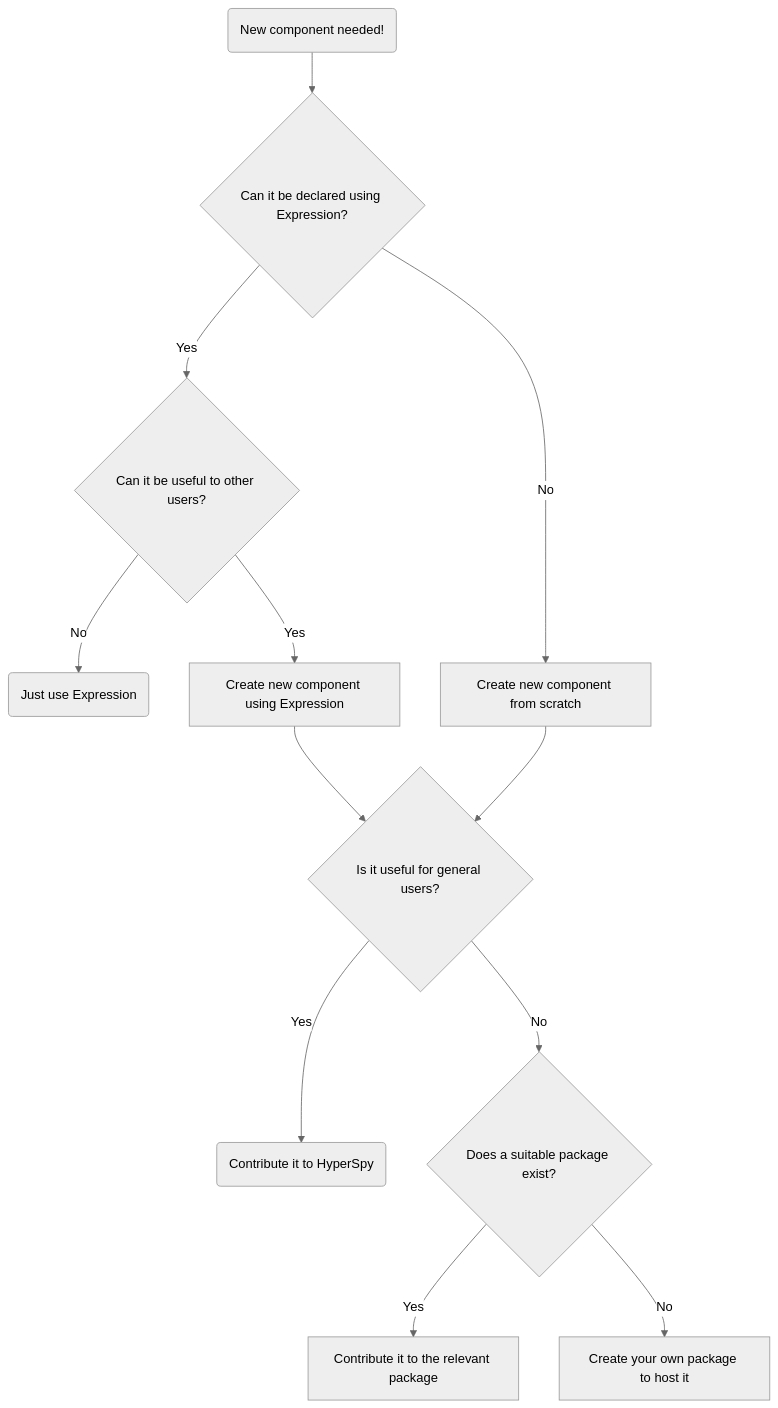
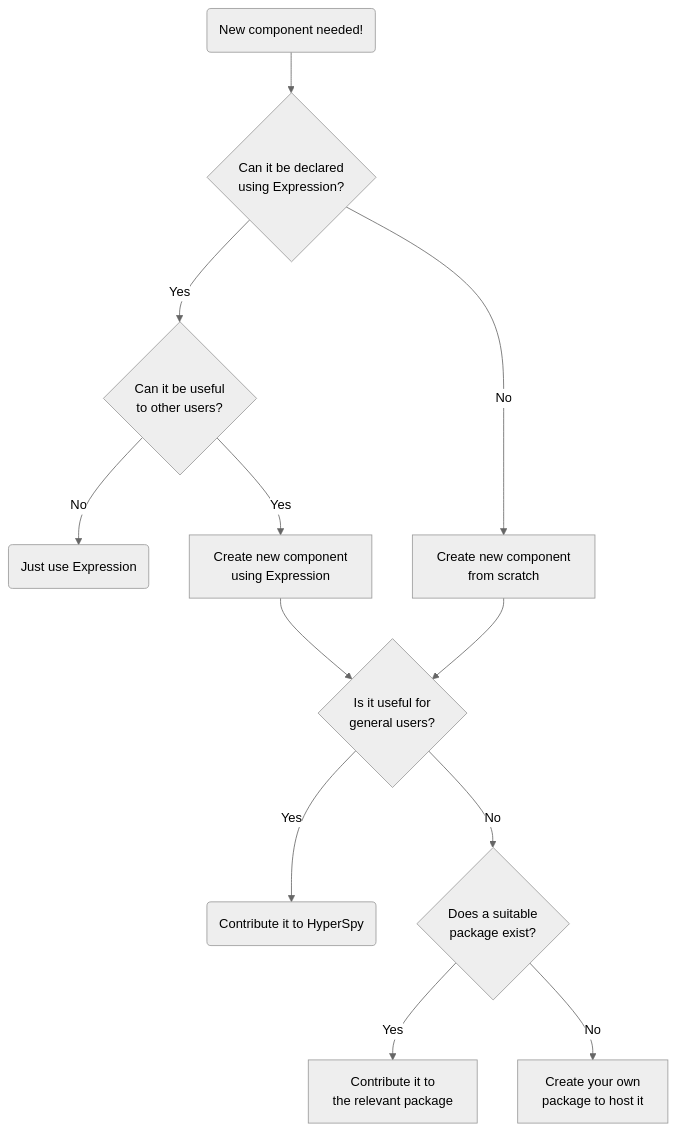
Before and after one commit to hyperspy/hyperspy: the second of 2 diagrams in doc/dev_guide/writing_extensions.rst, drawn with Mermaid (neutral theme). The commit also changed other lines of this file and 1 other file, not shown here.

Commit message:
Use sphinx-mermaid to render mermaid diagram in the developer guide

```diff
--- a/doc/dev_guide/writing_extensions.rst
+++ b/doc/dev_guide/writing_extensions.rst
@@ -223,27 +188,27 @@
-    .. mermaid::
+.. mermaid::
 
-       graph TD
+    graph TD
 
-         A(New component needed!)
-         B{Can it be declared using Expression?}
-         C{Can it be useful to other users?}
-         D(Just use Expression)
-         E[Create new component using Expression]
-         F[Create new component from scratch]
-         G{Is it useful for general users?}
-         H(Contribute it to HyperSpy)
-         I{Does a suitable package exist?}
-         J[Contribute it to the relevant package]
-         K[Create your own package to host it]
+      A(New component needed!)
+      B{Can it be declared<br/>using Expression?}
+      C{Can it be useful<br/>to other users?}
+      D(Just use Expression)
+      E[Create new component<br/>using Expression]
+      F[Create new component<br/>from scratch]
+      G{Is it useful for<br/>general users?}
+      H(Contribute it to HyperSpy)
+      I{Does a suitable<br/>package exist?}
+      J[Contribute it to<br/>the relevant package]
+      K[Create your own<br/>package to host it]
 
-         A-->B
-         B-- Yes -->C
-         B-- No  -->F
-         C-- No  -->D
-         C-- Yes -->E
-         E-->G
-         F-->G
-         G-- Yes --> H
-         G-- No  --> I
-         I-- Yes --> J
-         I-- No  --> K
+      A-->B
+      B-- Yes -->C
+      B-- No  -->F
+      C-- No  -->D
+      C-- Yes -->E
+      E-->G
+      F-->G
+      G-- Yes --> H
+      G-- No  --> I
+      I-- Yes --> J
+      I-- No  --> K
```
